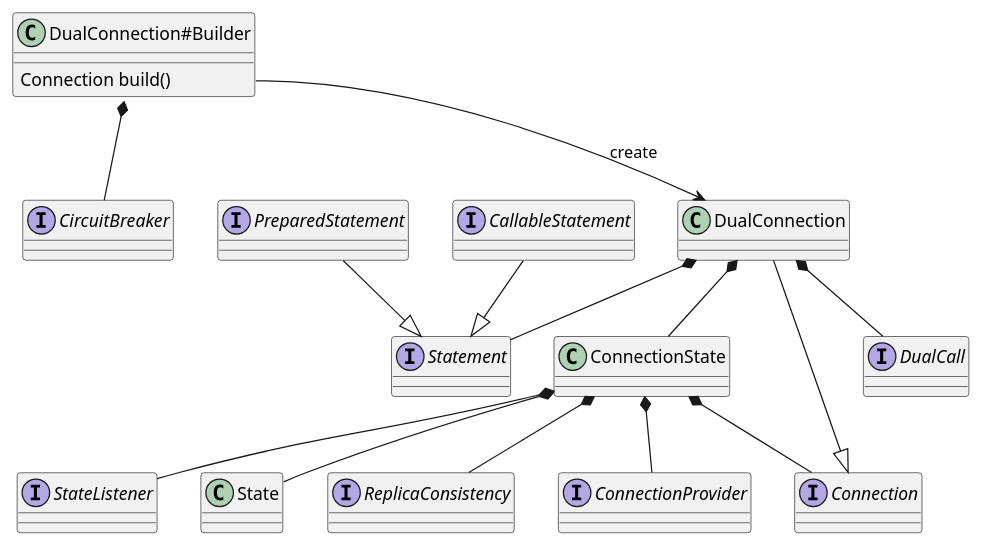
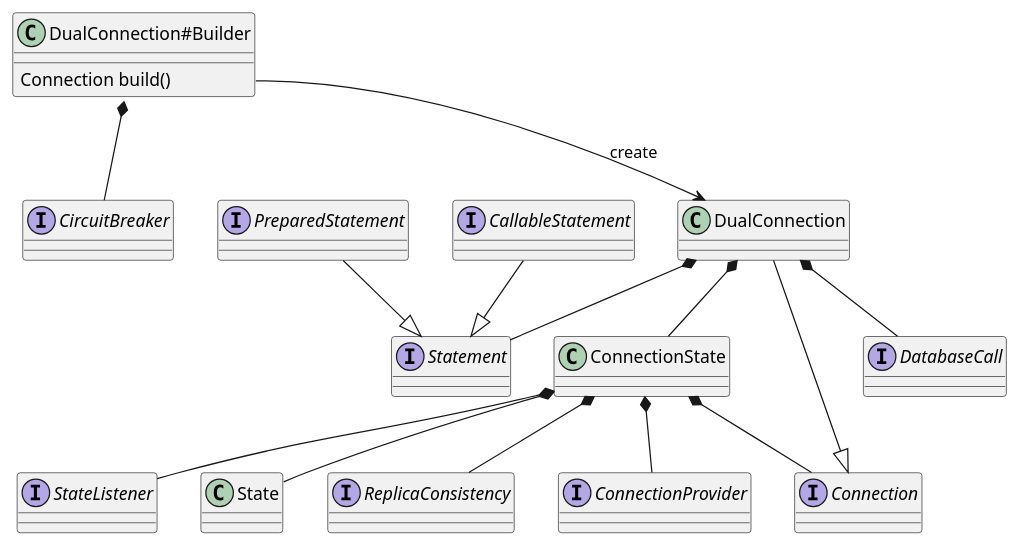
The diagram in docs/classes-overview.puml (atlassian-labs/db-replica), drawn with PlantUML before and after one commit. The commit also changed 20 other files, not shown here.

```diff
--- a/docs/classes-overview.puml
+++ b/docs/classes-overview.puml
@@ -1,42 +1,42 @@
 @startuml
 class "DualConnection#Builder" as builder
 builder :  Connection build()
 
 class DualConnection
 interface ReplicaConsistency
 interface ConnectionProvider
-interface DualCall
+interface DatabaseCall
 interface StateListener
 interface CircuitBreaker
 class ConnectionState
 class State
 
 interface Statement
 interface PreparedStatement
 interface CallableStatement
 interface Connection
 
 
 builder::build --> DualConnection : create
 
 
 DualConnection --|> Connection
 PreparedStatement --|> Statement
 CallableStatement --|> Statement
 
 
 ConnectionState *-- ReplicaConsistency
 ConnectionState *-- ConnectionProvider
 ConnectionState *-- StateListener
 ConnectionState *-- Connection
 ConnectionState *-- State
 
-DualConnection *-- DualCall
+DualConnection *-- DatabaseCall
 DualConnection *-- Statement
 builder *-- CircuitBreaker
 DualConnection *-- ConnectionState
 
 
 
 
 @enduml
```
